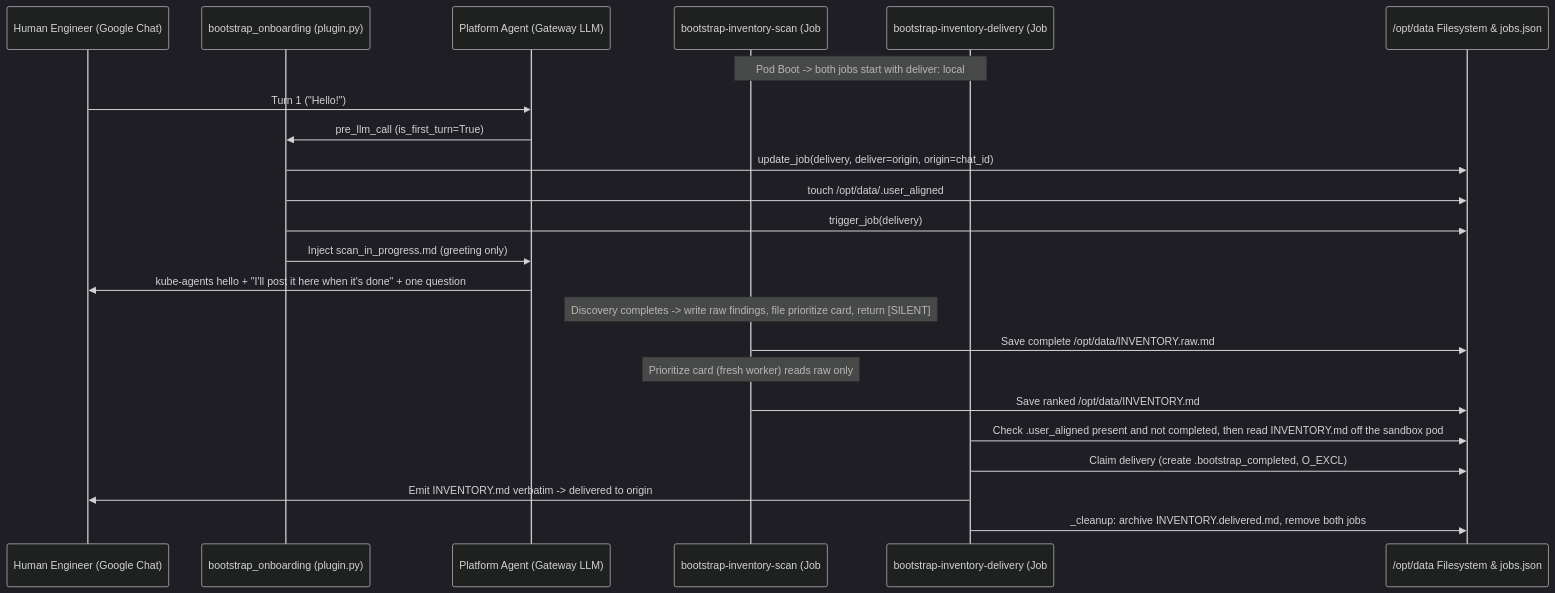
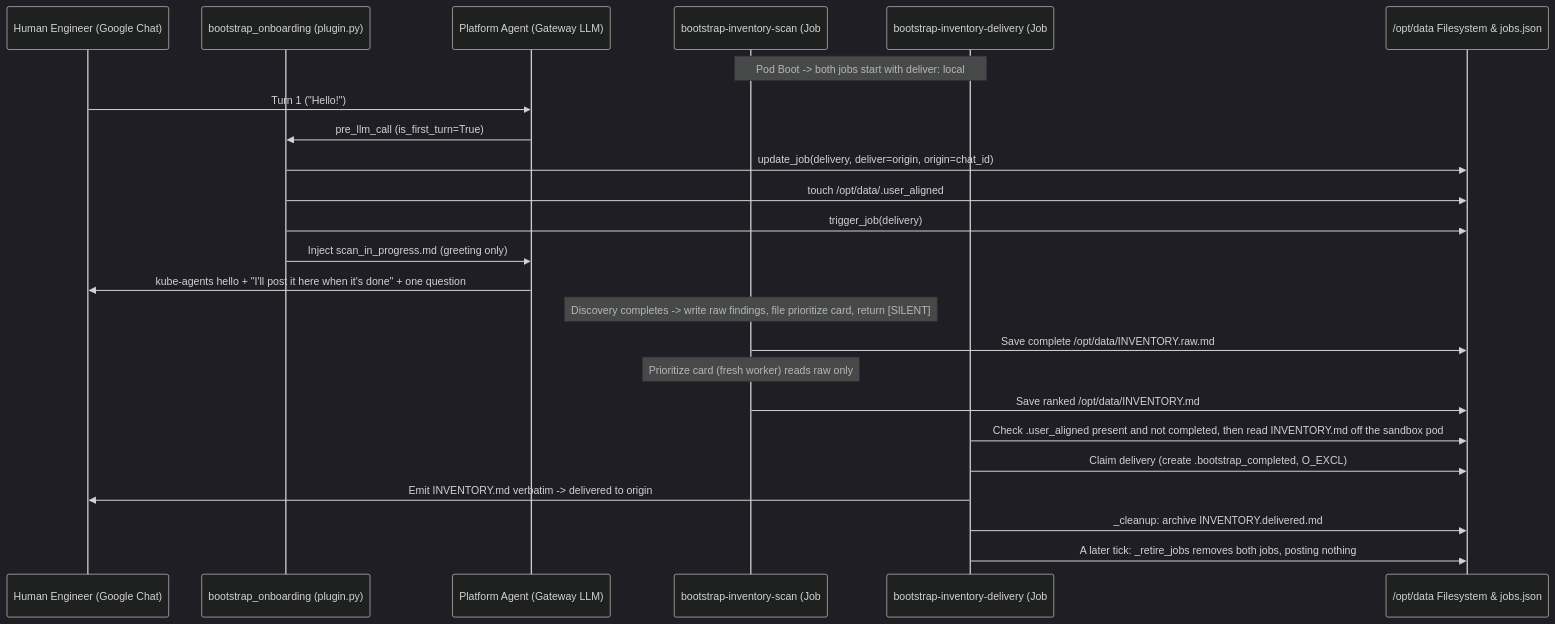
One commit to gke-labs/kube-agents changed the second of 3 diagrams in agents/chat/defaults/plugins/bootstrap_onboarding/README.md. Above: the diagram before and after it, drawn with Mermaid (dark theme). The commit also changed other lines of this file and 6 other files, not shown here.

````diff
--- a/agents/chat/defaults/plugins/bootstrap_onboarding/README.md
+++ b/agents/chat/defaults/plugins/bootstrap_onboarding/README.md
@@ -115,26 +116,27 @@
 ```mermaid
 sequenceDiagram
     participant User as Human Engineer (Google Chat)
     participant Hook as bootstrap_onboarding (plugin.py)
     participant Agent as Platform Agent (Gateway LLM)
     participant Scan as bootstrap-inventory-scan (Job #1, LLM)
     participant Deliver as bootstrap-inventory-delivery (Job #2, no_agent script)
     participant Disk as /opt/data Filesystem & jobs.json
 
     Note over Scan,Deliver: Pod Boot -> both jobs start with deliver: local
     User->>Agent: Turn 1 ("Hello!")
     Agent->>Hook: pre_llm_call (is_first_turn=True)
     Hook->>Disk: update_job(delivery, deliver=origin, origin=chat_id)
     Hook->>Disk: touch /opt/data/.user_aligned
     Hook->>Disk: trigger_job(delivery)
     Hook->>Agent: Inject scan_in_progress.md (greeting only)
     Agent->>User: kube-agents hello + "I'll post it here when it's done" + one question
     Note over Scan: Discovery completes -> write raw findings, file prioritize card, return [SILENT]
     Scan->>Disk: Save complete /opt/data/INVENTORY.raw.md
     Note over Scan: Prioritize card (fresh worker) reads raw only
     Scan->>Disk: Save ranked /opt/data/INVENTORY.md
     Deliver->>Disk: Check .user_aligned present and not completed, then read INVENTORY.md off the sandbox pod
     Deliver->>Disk: Claim delivery (create .bootstrap_completed, O_EXCL)
     Deliver->>User: Emit INVENTORY.md verbatim -> delivered to origin
-    Deliver->>Disk: _cleanup: archive INVENTORY.delivered.md, remove both jobs
+    Deliver->>Disk: _cleanup: archive INVENTORY.delivered.md
+    Deliver->>Disk: A later tick: _retire_jobs removes both jobs, posting nothing
 ```
````
